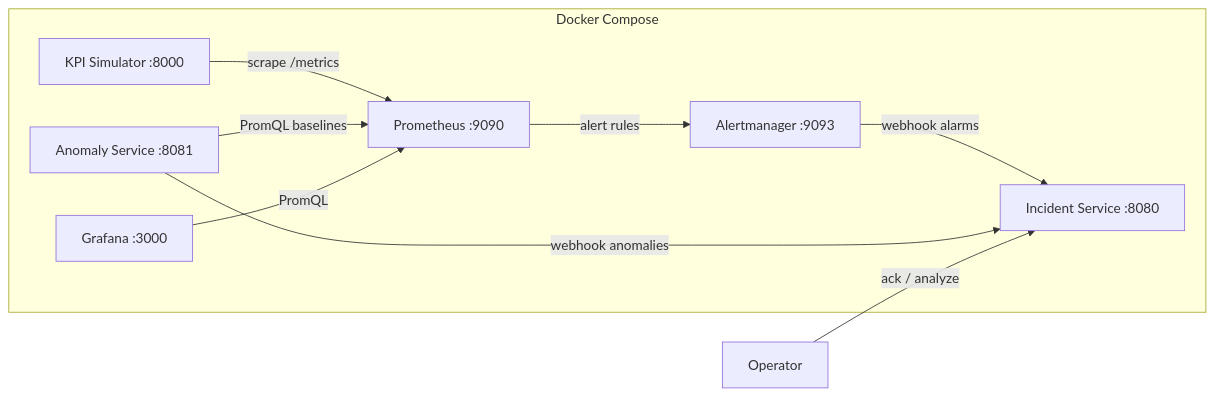
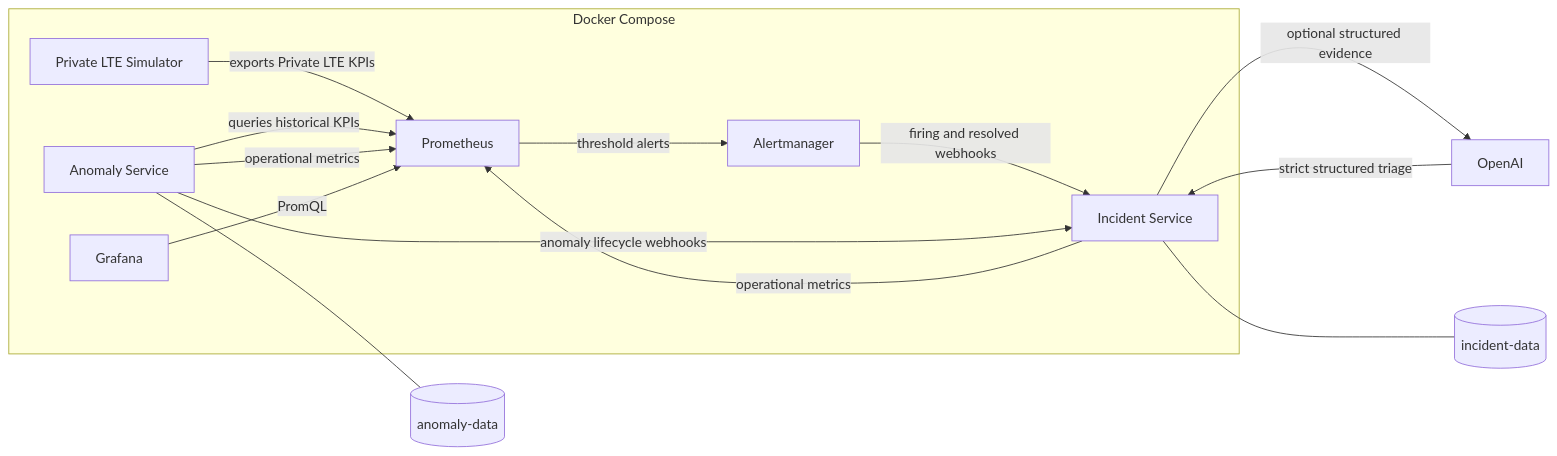
Before and after one commit to plsmith67/milewire-telecom-oss-observability: the diagram in README.md, drawn with Mermaid. The commit also changed other lines of this file, not shown here.

````diff
--- a/README.md
+++ b/README.md
@@ -9,18 +33,27 @@
 ```mermaid
 flowchart LR
   subgraph compose [Docker Compose]
-    Sim[KPI Simulator :8000]
-    Prom[Prometheus :9090]
-    Am[Alertmanager :9093]
-    Ano[Anomaly Service :8081]
-    Inc[Incident Service :8080]
-    Graf[Grafana :3000]
+    Sim[Private LTE Simulator]
+    Prom[Prometheus]
+    Am[Alertmanager]
+    Ano[Anomaly Service]
+    Inc[Incident Service]
+    Graf[Grafana]
   end
-  Sim -->|"scrape /metrics"| Prom
-  Prom -->|"alert rules"| Am
-  Am -->|"webhook alarms"| Inc
-  Ano -->|"PromQL baselines"| Prom
-  Ano -->|"webhook anomalies"| Inc
-  Graf -->|"PromQL"| Prom
-  Ops[Operator] -->|"ack / analyze"| Inc
+  OpenAI[OpenAI]
+  VolInc[(incident-data)]
+  VolAno[(anomaly-data)]
+
+  Sim -->|exports Private LTE KPIs| Prom
+  Prom -->|threshold alerts| Am
+  Am -->|firing and resolved webhooks| Inc
+  Ano -->|queries historical KPIs| Prom
+  Ano -->|anomaly lifecycle webhooks| Inc
+  Inc -->|optional structured evidence| OpenAI
+  OpenAI -->|strict structured triage| Inc
+  Inc -->|operational metrics| Prom
+  Ano -->|operational metrics| Prom
+  Graf -->|PromQL| Prom
+  Inc --- VolInc
+  Ano --- VolAno
 ```
````
